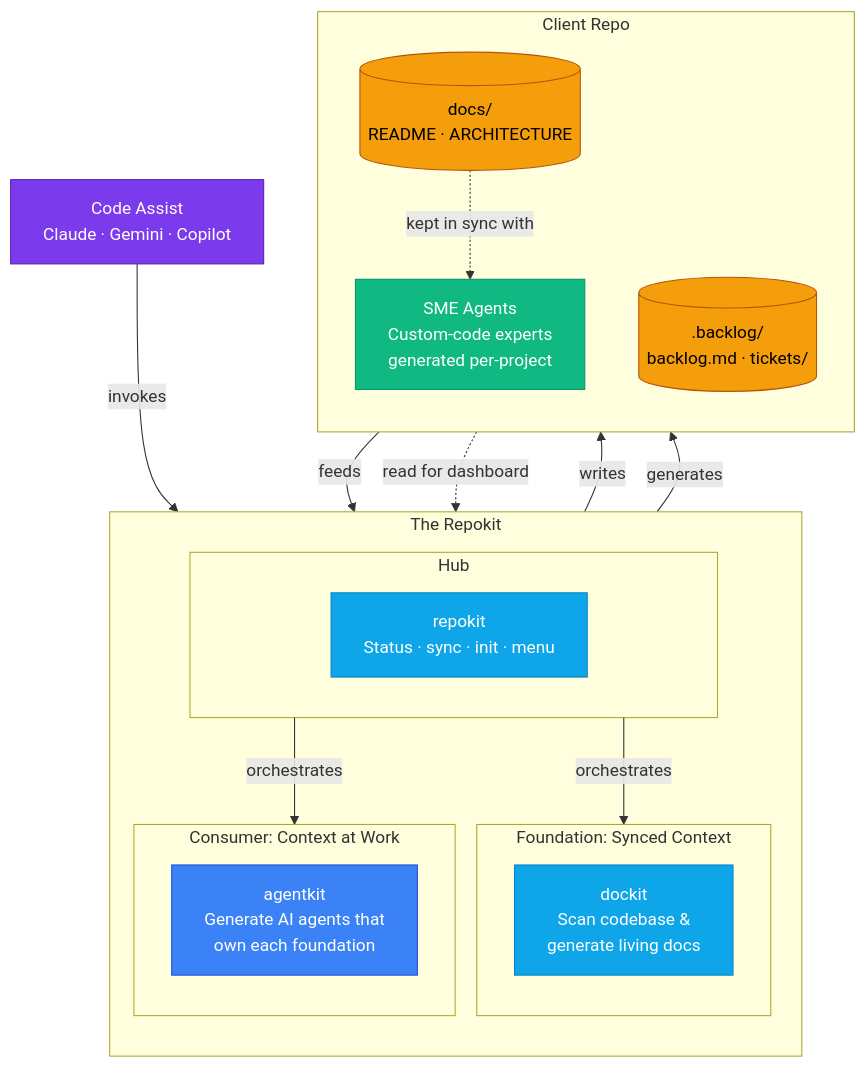
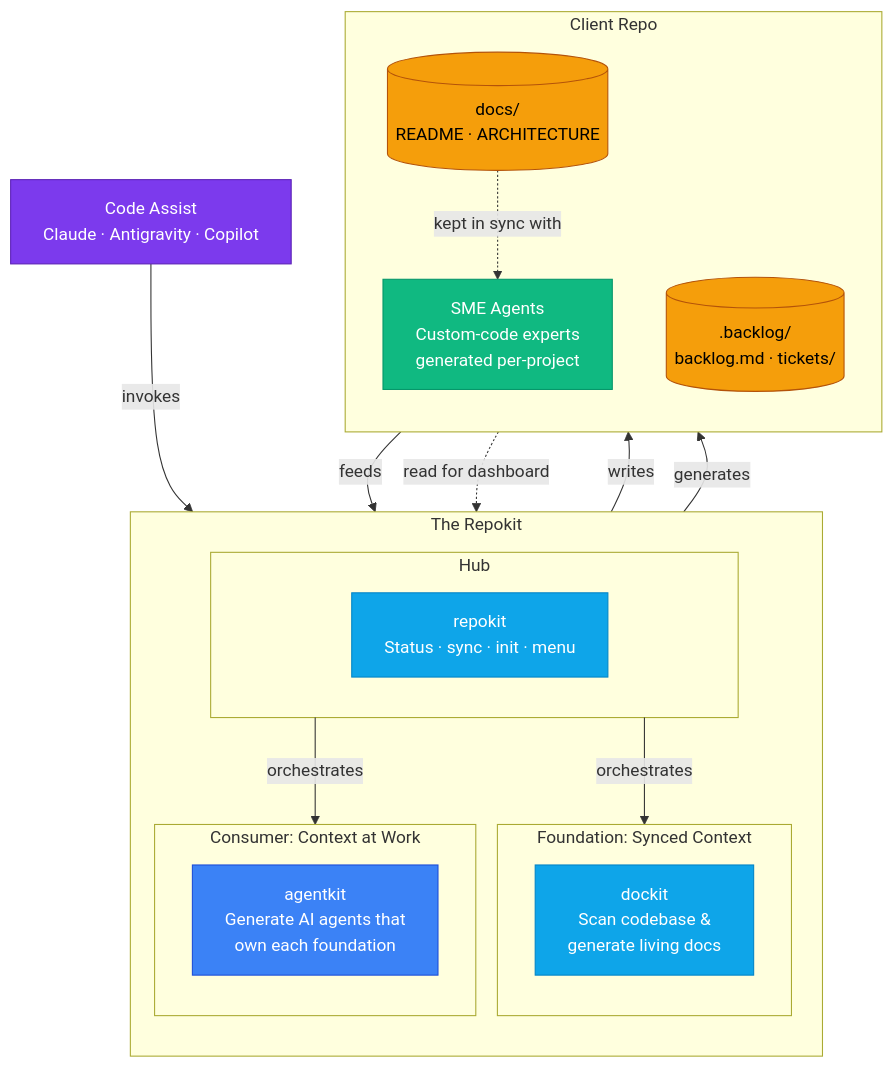
The first of 4 diagrams in README.md (TheLampshady/repokit), drawn with Mermaid before and after one commit. The commit also changed other lines of this file and 19 other files, not shown here.

First line of the commit message:
[TASK] :: Migrate Google target from Gemini CLI to Antigravity (IDE + CLI).

````diff
--- a/README.md
+++ b/README.md
@@ -173,51 +208,51 @@
 ```mermaid
 graph TD
     subgraph repokit["The Repokit"]
         direction TB
 
         subgraph hub["Hub"]
             S_repokit["repokit<br/>Status · sync · init · menu"]
         end
 
         subgraph foundation["Foundation: Synced Context"]
             S_dockit["dockit<br/>Scan codebase &<br/>generate living docs"]
         end
 
         subgraph consumers["Consumer: Context at Work"]
             S_agentkit["agentkit<br/>Generate AI agents that<br/>own each foundation"]
         end
     end
 
     subgraph client_repo["Client Repo"]
         direction TB
         Docs[("docs/<br/>README · ARCHITECTURE")]
         SME["SME Agents<br/>Custom-code experts<br/>generated per-project"]
         Spec[(".backlog/<br/>backlog.md · tickets/")]
     end
 
-    CA["Code Assist<br/>Claude · Gemini · Copilot"]
+    CA["Code Assist<br/>Claude · Antigravity · Copilot"]
 
     CA -->|"invokes"| hub
     hub -->|"orchestrates"| foundation
     hub -->|"orchestrates"| consumers
 
     S_dockit -->|"writes"| Docs
     Docs -->|"feeds"| S_agentkit
 
     S_agentkit -->|"generates"| SME
     Docs -.->|"kept in sync with"| SME
     Spec -.->|"read for dashboard"| S_repokit
 
     classDef skill   fill:#3b82f6,stroke:#1d4ed8,color:#fff
     classDef storage fill:#f59e0b,stroke:#b45309,color:#000
     classDef ai      fill:#7c3aed,stroke:#5b21b6,color:#fff
     classDef found   fill:#0ea5e9,stroke:#0284c7,color:#fff
     classDef sme     fill:#10b981,stroke:#059669,color:#fff
 
     class S_repokit found
     class S_agentkit skill
     class Docs,Spec storage
     class CA ai
     class SME sme
     class S_dockit found
 ```
````
